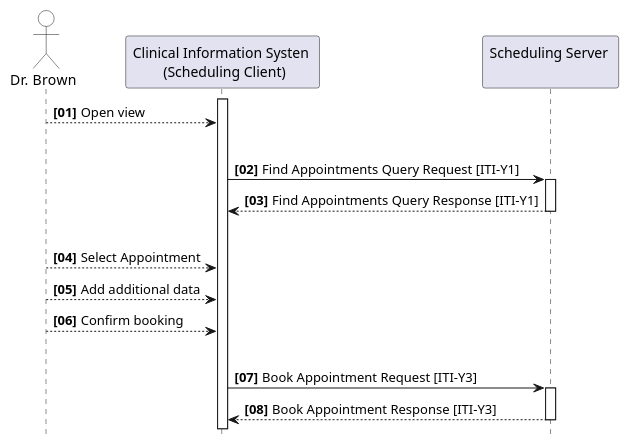
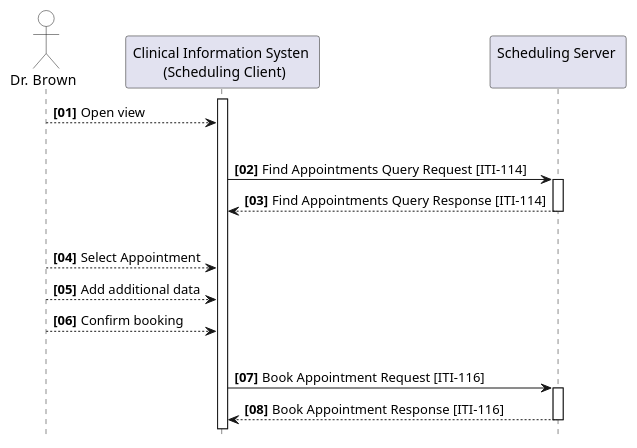
Before and after one commit to IHE/ITI.Scheduling: the diagram in input/images-source/uc1-flow.plantuml, drawn with PlantUML. The commit also changed 12 other files, not shown here.

```diff
--- a/input/images-source/uc1-flow.plantuml
+++ b/input/images-source/uc1-flow.plantuml
@@ -1,34 +1,34 @@
 @startuml
 skinparam responseMessageBelowArrow true
 skinparam svgDimensionStyle false
 hide footbox
 
 actor "Dr. Brown" as User #FFFFFF
 participant "Clinical Information Systen \n (Scheduling Client)" as RequestingActor
 participant "Scheduling Server \n" as RespondingActor
 
 autonumber 1 1 "<b>[00]"
 
 activate "RequestingActor"
 User --> RequestingActor: Open view
 
 |||
-RequestingActor -> RespondingActor: Find Appointments Query Request [ITI-Y1]
+RequestingActor -> RespondingActor: Find Appointments Query Request [ITI-114]
 activate "RespondingActor"
-RespondingActor --> RequestingActor: Find Appointments Query Response [ITI-Y1]
+RespondingActor --> RequestingActor: Find Appointments Query Response [ITI-114]
 deactivate "RespondingActor"
 
 |||
 User --> RequestingActor: Select Appointment
 User --> RequestingActor: Add additional data
 User --> RequestingActor: Confirm booking
 
 |||
-RequestingActor -> RespondingActor: Book Appointment Request [ITI-Y3]
+RequestingActor -> RespondingActor: Book Appointment Request [ITI-116]
 activate "RespondingActor"
-RespondingActor --> RequestingActor: Book Appointment Response [ITI-Y3]
+RespondingActor --> RequestingActor: Book Appointment Response [ITI-116]
 deactivate "RespondingActor"
 
 autonumber stop
 
 @enduml
```
